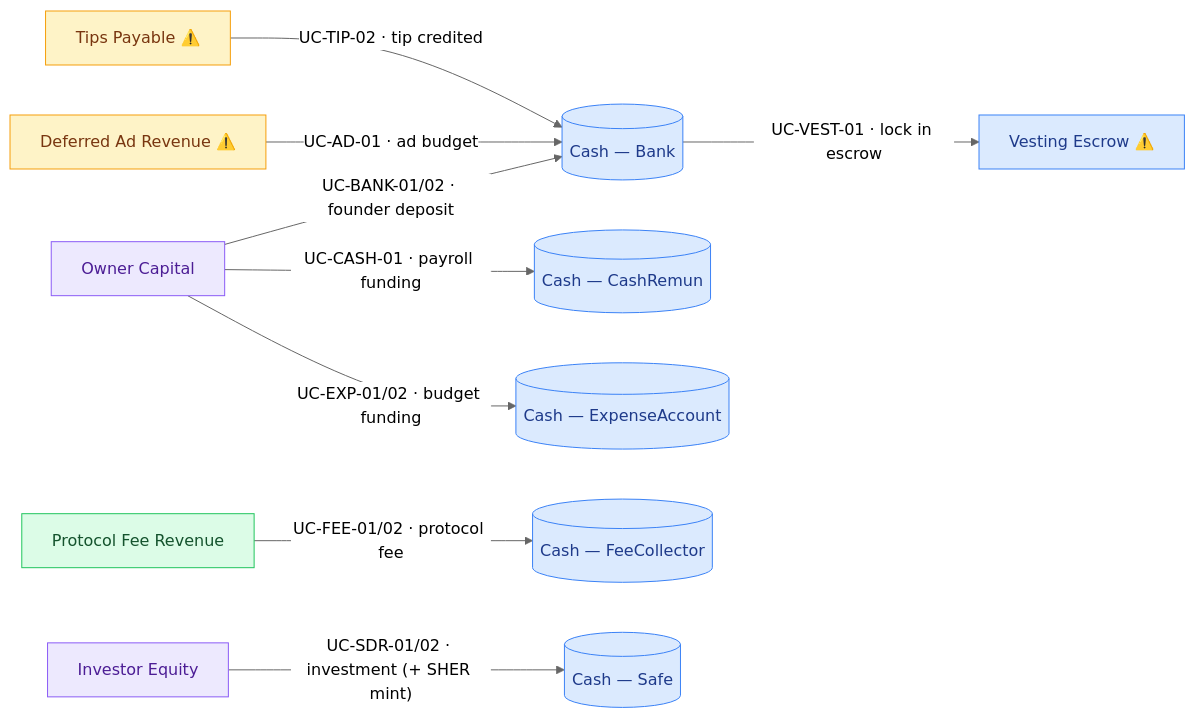
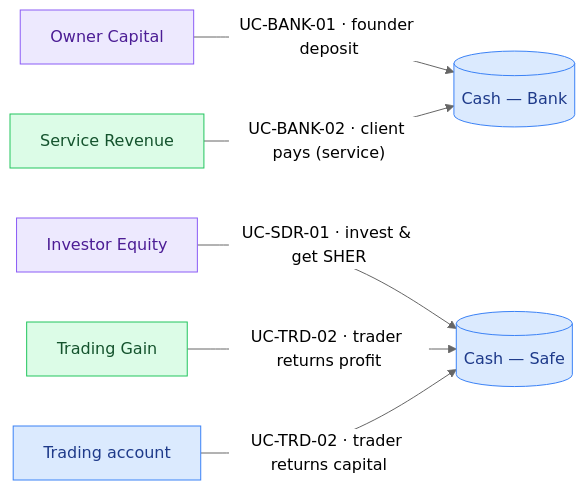
The first of 3 diagrams in docs/features/accounting/money-flow-catalogue.md (globe-and-citizen/cnc-portal), drawn with Mermaid (neutral theme) before and after one commit. The commit also changed other lines of this file and 2 other files, not shown here.

First line of the commit message:
docs: 📝 money-flow catalogue — used contracts + full worked example (#2126)

````diff
--- a/docs/features/accounting/money-flow-catalogue.md
+++ b/docs/features/accounting/money-flow-catalogue.md
@@ -142,30 +138,21 @@
 ```mermaid
 flowchart LR
   ownerCap[Owner Capital]:::equity
-  feeRev[Protocol Fee Revenue]:::income
   invEq[Investor Equity]:::equity
-  tipsPay["Tips Payable ⚠️"]:::liability
-  defAd["Deferred Ad Revenue ⚠️"]:::liability
+  svcRev[Service Revenue]:::income
+  tradeGain[Trading Gain]:::income
 
   bank[("Cash — Bank")]:::asset
-  cashRem[("Cash — CashRemun")]:::asset
-  expAcc[("Cash — ExpenseAccount")]:::asset
-  feeCol[("Cash — FeeCollector")]:::asset
   safe[("Cash — Safe")]:::asset
-  escrow["Vesting Escrow ⚠️"]:::asset
+  trading[Trading account]:::asset
 
-  ownerCap -->|"UC-BANK-01/02 · founder deposit"| bank
-  ownerCap -->|"UC-CASH-01 · payroll funding"| cashRem
-  ownerCap -->|"UC-EXP-01/02 · budget funding"| expAcc
-  feeRev -->|"UC-FEE-01/02 · protocol fee"| feeCol
-  invEq -->|"UC-SDR-01/02 · investment (+ SHER mint)"| safe
-  tipsPay -->|"UC-TIP-02 · tip credited"| bank
-  defAd -->|"UC-AD-01 · ad budget"| bank
-  bank -->|"UC-VEST-01 · lock in escrow"| escrow
+  ownerCap -->|"UC-BANK-01 · founder deposit"| bank
+  svcRev -->|"UC-BANK-02 · client pays (service)"| bank
+  invEq -->|"UC-SDR-01 · invest & get SHER"| safe
+  tradeGain -->|"UC-TRD-02 · trader returns profit"| safe
+  trading -->|"UC-TRD-02 · trader returns capital"| safe
 
   classDef asset fill:#dbeafe,stroke:#3b82f6,color:#1e3a8a;
   classDef equity fill:#ede9fe,stroke:#8b5cf6,color:#4c1d95;
   classDef income fill:#dcfce7,stroke:#22c55e,color:#14532d;
-  classDef expense fill:#fee2e2,stroke:#ef4444,color:#7f1d1d;
-  classDef liability fill:#fef3c7,stroke:#f59e0b,color:#78350f;
 ```
````
